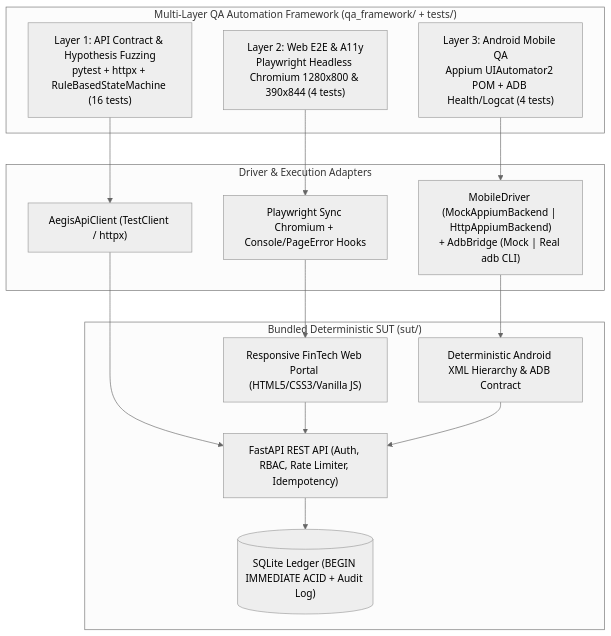
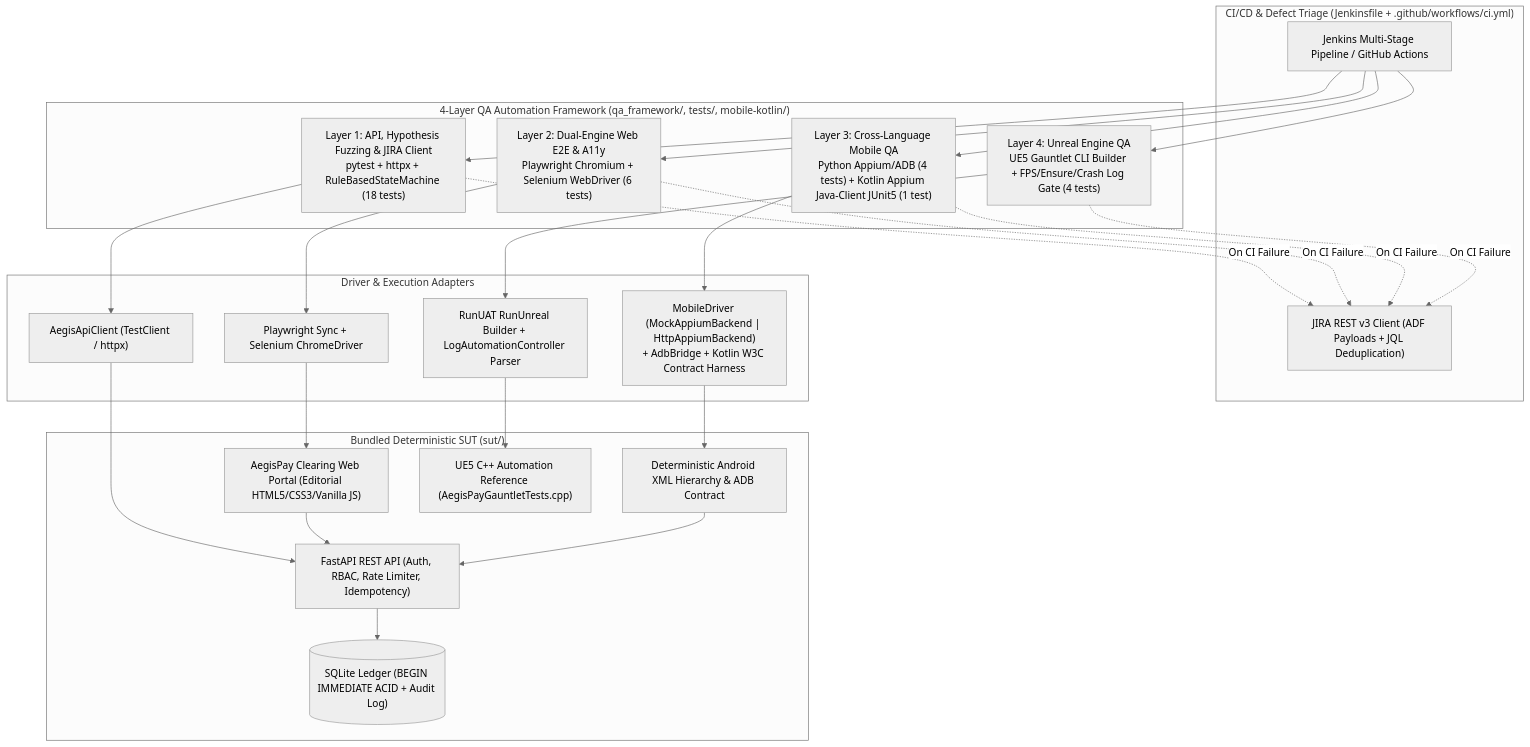
Before and after one commit to Anwarito-lbd/qa-automation-suite: the diagram in README.md, drawn with Mermaid (neutral theme). The commit also changed other lines of this file and 36 other files, not shown here.

Commit message:
feat: expand QA suite with Jenkins pipeline, JIRA ADF reporter, Selenium, Kotlin Appium, Unreal Gauntlet & Figma-grade UI

````diff
--- a/README.md
+++ b/README.md
@@ -24,26 +25,37 @@
 ```mermaid
 flowchart TB
-    subgraph QA["Multi-Layer QA Automation Framework (qa_framework/ + tests/)"]
-        L1["Layer 1: API Contract & Hypothesis Fuzzing<br/>pytest + httpx + RuleBasedStateMachine (16 tests)"]
-        L2["Layer 2: Web E2E & A11y<br/>Playwright Headless Chromium 1280x800 & 390x844 (4 tests)"]
-        L3["Layer 3: Android Mobile QA<br/>Appium UIAutomator2 POM + ADB Health/Logcat (4 tests)"]
+    subgraph CI["CI/CD & Defect Triage (Jenkinsfile + .github/workflows/ci.yml)"]
+        JNK["Jenkins Multi-Stage Pipeline / GitHub Actions"]
+        JIRA["JIRA REST v3 Client (ADF Payloads + JQL Deduplication)"]
+    end
+
+    subgraph QA["4-Layer QA Automation Framework (qa_framework/, tests/, mobile-kotlin/)"]
+        L1["Layer 1: API, Hypothesis Fuzzing & JIRA Client<br/>pytest + httpx + RuleBasedStateMachine (18 tests)"]
+        L2["Layer 2: Dual-Engine Web E2E & A11y<br/>Playwright Chromium + Selenium WebDriver (6 tests)"]
+        L3["Layer 3: Cross-Language Mobile QA<br/>Python Appium/ADB (4 tests) + Kotlin Appium Java-Client JUnit5 (1 test)"]
+        L4["Layer 4: Unreal Engine QA<br/>UE5 Gauntlet CLI Builder + FPS/Ensure/Crash Log Gate (4 tests)"]
     end
 
     subgraph Bridge["Driver & Execution Adapters"]
         API["AegisApiClient (TestClient / httpx)"]
-        PW["Playwright Sync Chromium + Console/PageError Hooks"]
-        MOB["MobileDriver (MockAppiumBackend | HttpAppiumBackend)<br/>+ AdbBridge (Mock | Real adb CLI)"]
+        WEBDRV["Playwright Sync + Selenium ChromeDriver"]
+        MOB["MobileDriver (MockAppiumBackend | HttpAppiumBackend)<br/>+ AdbBridge + Kotlin W3C Contract Harness"]
+        UE["RunUAT RunUnreal Builder + LogAutomationController Parser"]
     end
 
     subgraph SUT["Bundled Deterministic SUT (sut/)"]
         FAST["FastAPI REST API (Auth, RBAC, Rate Limiter, Idempotency)"]
-        WEB["Responsive FinTech Web Portal (HTML5/CSS3/Vanilla JS)"]
+        PORTAL["AegisPay Clearing Web Portal (Editorial HTML5/CSS3/Vanilla JS)"]
         AND["Deterministic Android XML Hierarchy & ADB Contract"]
+        UECPP["UE5 C++ Automation Reference (AegisPayGauntletTests.cpp)"]
         DB[("SQLite Ledger (BEGIN IMMEDIATE ACID + Audit Log)")]
     end
 
+    JNK --> L1 & L2 & L3 & L4
+    L1 & L2 & L3 & L4 -. "On CI Failure" .-> JIRA
     L1 --> API --> FAST
-    L2 --> PW --> WEB --> FAST
+    L2 --> WEBDRV --> PORTAL --> FAST
     L3 --> MOB --> AND --> FAST
+    L4 --> UE --> UECPP
     FAST --> DB
 ```
````
